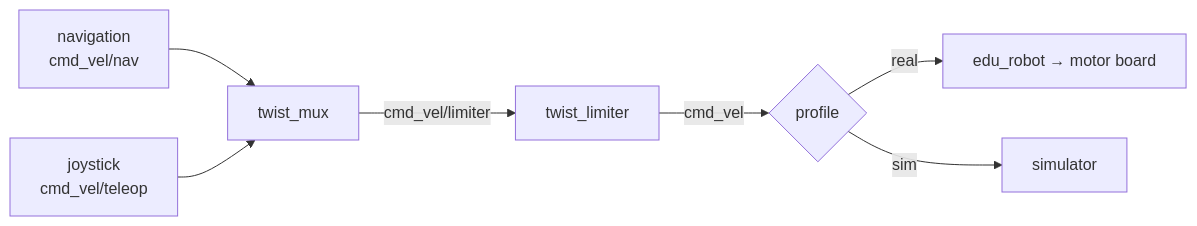
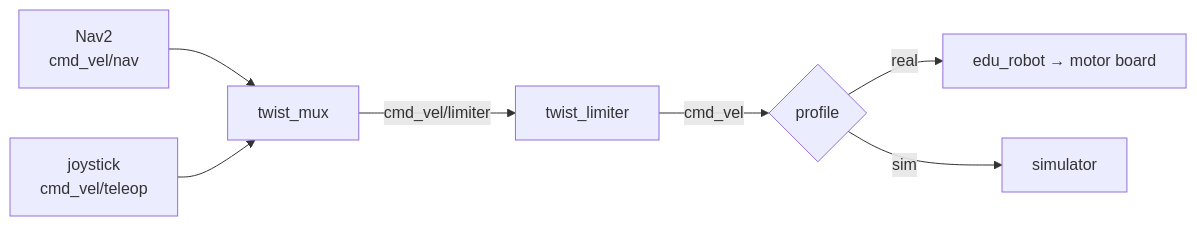
The fourth of 5 diagrams in README.md (autonohm/georg_at_home), drawn with Mermaid before and after one commit. The commit also changed other lines of this file and 46 other files, not shown here.

````diff
--- a/README.md
+++ b/README.md
@@ -143,9 +143,9 @@
 ```mermaid
 flowchart LR
-  NAV["navigation<br/>cmd_vel/nav"] --> MUX["twist_mux"]
+  NAV["Nav2<br/>cmd_vel/nav"] --> MUX["twist_mux"]
   JOY["joystick<br/>cmd_vel/teleop"] --> MUX
   MUX -->|cmd_vel/limiter| LIM["twist_limiter"]
   LIM -->|cmd_vel| OUT{"profile"}
   OUT -->|real| EDU["edu_robot → motor board"]
   OUT -->|sim| SIM["simulator"]
 ```
````
